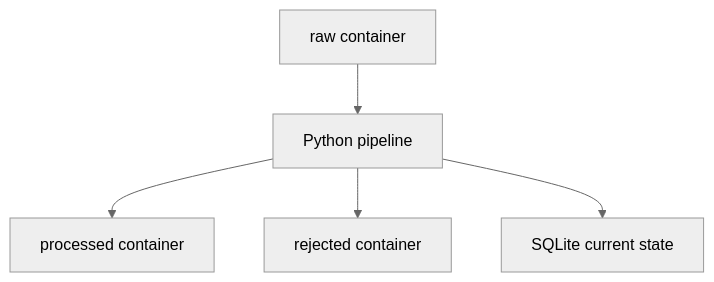
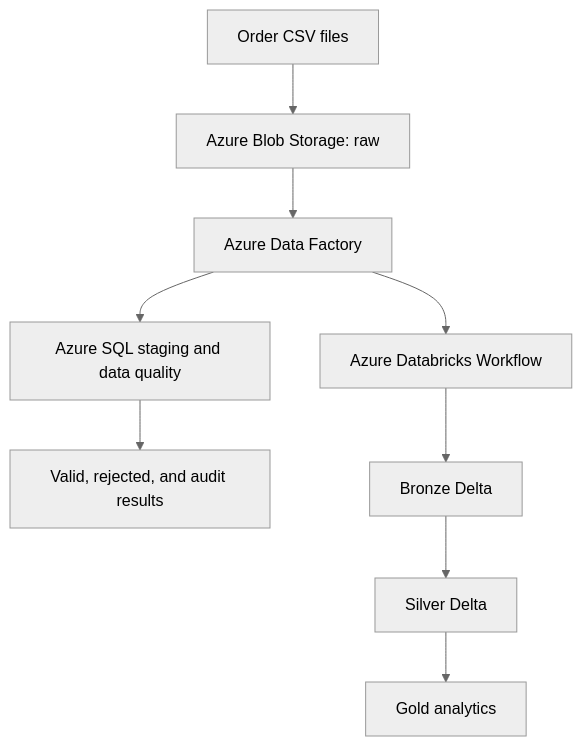
One commit to HoaHBRS/order-data-pipeline changed the diagram in README.md. Above: the diagram before and after it, drawn with Mermaid (neutral theme). The commit also changed other lines of this file, not shown here.

Commit message:
docs: document Azure Databricks pipeline (#41)

````diff
--- a/README.md
+++ b/README.md
@@ -89,7 +14,11 @@
 ```mermaid
 flowchart TD
-    A["raw container"] --> B["Python pipeline"]
-    B --> C["processed container"]
-    B --> D["rejected container"]
-    B --> E["SQLite current state"]
+    A["Order CSV files"] --> B["Azure Blob Storage: raw"]
+    B --> C["Azure Data Factory"]
+    C --> D["Azure SQL staging and data quality"]
+    C --> E["Azure Databricks Workflow"]
+    D --> F["Valid, rejected, and audit results"]
+    E --> G["Bronze Delta"]
+    G --> H["Silver Delta"]
+    H --> I["Gold analytics"]
 ```
````
